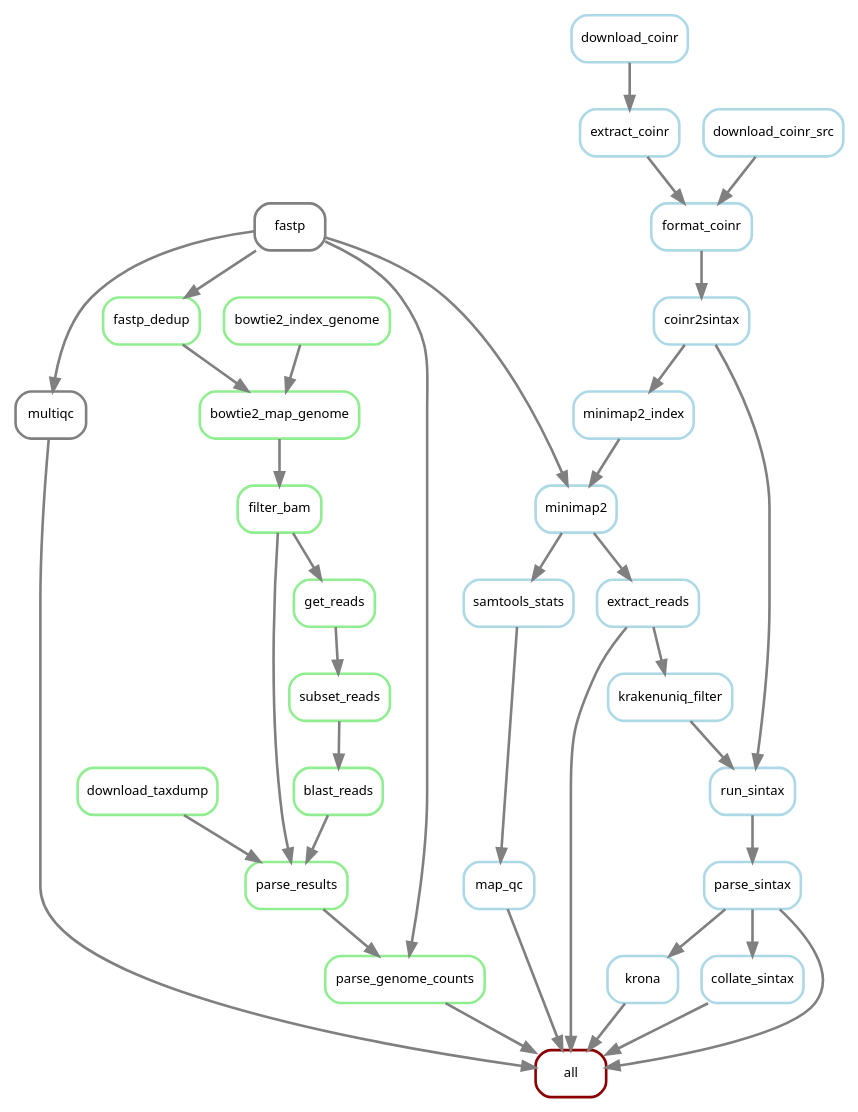
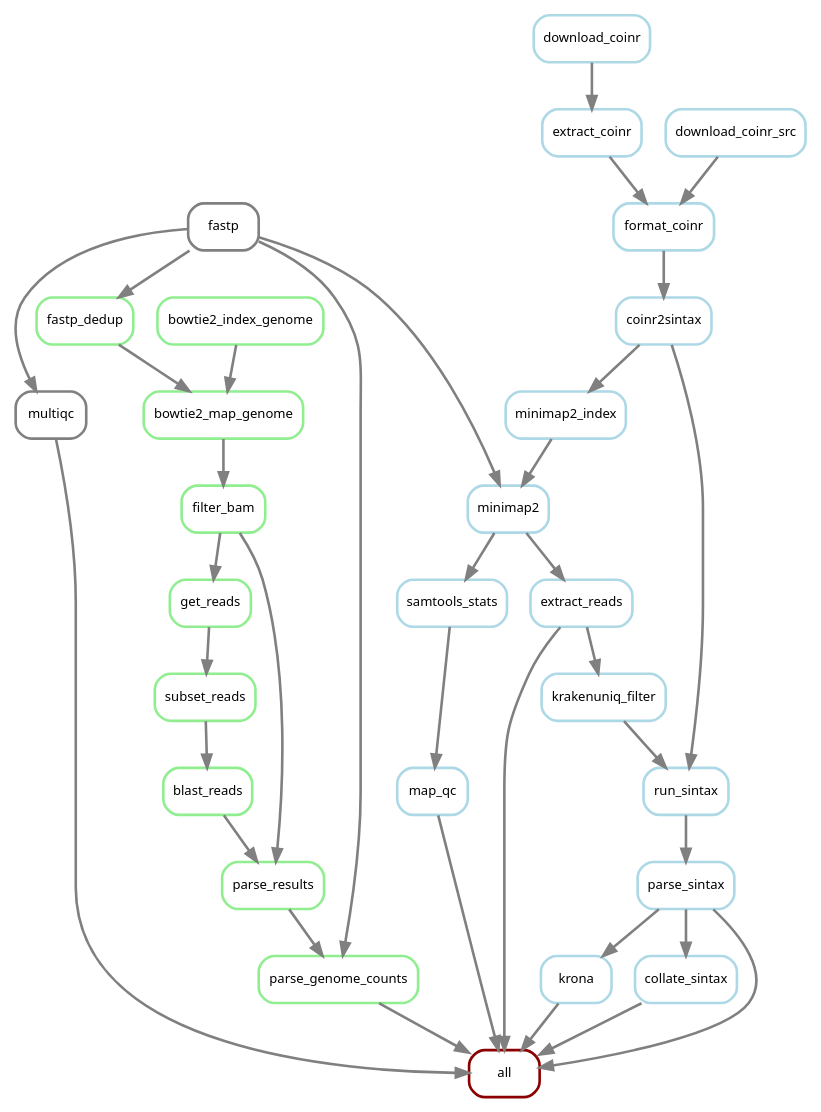
The diagram in doc/workflow.qmd (NBISweden/LTS-BiodiversityAnalysisCAO), drawn with Graphviz before and after one commit. The commit also changed other lines of this file and 1 other file, not shown here.

Commit message:
Update workflow rulegraph

````diff
--- a/doc/workflow.qmd
+++ b/doc/workflow.qmd
@@ -23,75 +26,75 @@
 ```{dot}
 //| label: workflow
 //| fig-cap: "Workflow overview"
+//| fig-width: 4
+//| fig-height: 4
 
 digraph snakemake_dag {
     graph[bgcolor=white, margin=0];
     node[shape=box, style=rounded, fontname=sans,                 fontsize=10, penwidth=2];
     edge[penwidth=2, color=grey];
-	0[label = "all", color = "darkred", style="rounded"];
-	1[label = "extract_reads", color = "lightblue", style="rounded"];
-	2[label = "minimap2", color = "lightblue", style="rounded"];
-	3[label = "fastp", color = "grey", style="rounded"];
-	4[label = "minimap2_index", color = "lightblue", style="rounded"];
-	5[label = "coinr2sintax", color = "lightblue", style="rounded"];
-	6[label = "format_coinr", color = "lightblue", style="rounded"];
-	7[label = "extract_coinr", color = "lightblue", style="rounded"];
-	8[label = "download_coinr", color = "lightblue", style="rounded"];
-	9[label = "download_coinr_src", color = "lightblue", style="rounded"];
-	10[label = "map_qc", color = "lightblue", style="rounded"];
-	11[label = "samtools_stats", color = "lightblue", style="rounded"];
-	12[label = "parse_sintax", color = "lightblue", style="rounded"];
-	13[label = "run_sintax", color = "lightblue", style="rounded"];
-	14[label = "krakenuniq_filter", color = "lightblue", style="rounded"];
-	15[label = "krona", color = "lightblue", style="rounded"];
-	16[label = "collate_sintax", color = "lightblue", style="rounded"];
-	17[label = "parse_genome_counts", color = "lightgreen", style="rounded"];
-	18[label = "parse_results", color = "lightgreen", style="rounded"];
-	19[label = "blast_reads", color = "lightgreen", style="rounded"];
-	20[label = "subset_reads", color = "lightgreen", style="rounded"];
-	21[label = "get_reads", color = "lightgreen", style="rounded"];
-	22[label = "filter_bam", color = "lightgreen", style="rounded"];
-	23[label = "bowtie2_map_genome", color = "lightgreen", style="rounded"];
-	24[label = "bowtie2_index_genome", color = "lightgreen", style="rounded"];
-	25[label = "fastp_dedup", color = "lightgreen", style="rounded"];
-	26[label = "download_taxdump", color = "lightgreen", style="rounded"];
-	27[label = "multiqc", color = "grey", style="rounded"];
-	17 -> 0
-	10 -> 0
-	16 -> 0
-	15 -> 0
-	27 -> 0
-	1 -> 0
-	12 -> 0
-	2 -> 1
-	4 -> 2
-	3 -> 2
-	5 -> 4
-	6 -> 5
-	7 -> 6
-	9 -> 6
-	8 -> 7
-	11 -> 10
-	2 -> 11
-	13 -> 12
-	5 -> 13
-	14 -> 13
-	1 -> 14
-	12 -> 15
-	12 -> 16
-	18 -> 17
-	3 -> 17
-	26 -> 18
-	22 -> 18
-	19 -> 18
-	20 -> 19
-	21 -> 20
-	22 -> 21
-	23 -> 22
-	25 -> 23
-	24 -> 23
-	3 -> 25
-	3 -> 27
+    0[label = "all", color = "darkred", style="rounded"];
+    1[label = "extract_reads", color = "lightblue", style="rounded"];
+    2[label = "minimap2", color = "lightblue", style="rounded"];
+    3[label = "fastp", color = "grey", style="rounded"];
+    4[label = "minimap2_index", color = "lightblue", style="rounded"];
+    5[label = "coinr2sintax", color = "lightblue", style="rounded"];
+    6[label = "format_coinr", color = "lightblue", style="rounded"];
+    7[label = "extract_coinr", color = "lightblue", style="rounded"];
+    8[label = "download_coinr", color = "lightblue", style="rounded"];
+    9[label = "download_coinr_src", color = "lightblue", style="rounded"];
+    10[label = "map_qc", color = "lightblue", style="rounded"];
+    11[label = "samtools_stats", color = "lightblue", style="rounded"];
+    12[label = "parse_sintax", color = "lightblue", style="rounded"];
+    13[label = "run_sintax", color = "lightblue", style="rounded"];
+    14[label = "krakenuniq_filter", color = "lightblue", style="rounded"];
+    15[label = "krona", color = "lightblue", style="rounded"];
+    16[label = "collate_sintax", color = "lightblue", style="rounded"];
+    17[label = "parse_genome_counts", color = "lightgreen", style="rounded"];
+    18[label = "parse_results", color = "lightgreen", style="rounded"];
+    19[label = "blast_reads", color = "lightgreen", style="rounded"];
+    20[label = "subset_reads", color = "lightgreen", style="rounded"];
+    21[label = "get_reads", color = "lightgreen", style="rounded"];
+    22[label = "filter_bam", color = "lightgreen", style="rounded"];
+    23[label = "bowtie2_map_genome", color = "lightgreen", style="rounded"];
+    24[label = "bowtie2_index_genome", color = "lightgreen", style="rounded"];
+    25[label = "fastp_dedup", color = "lightgreen", style="rounded"];
+    27[label = "multiqc", color = "grey", style="rounded"];
+    17 -> 0
+    10 -> 0
+    16 -> 0
+    15 -> 0
+    27 -> 0
+    1 -> 0
+    12 -> 0
+    2 -> 1
+    4 -> 2
+    3 -> 2
+    5 -> 4
+    6 -> 5
+    7 -> 6
+    9 -> 6
+    8 -> 7
+    11 -> 10
+    2 -> 11
+    13 -> 12
+    5 -> 13
+    14 -> 13
+    1 -> 14
+    12 -> 15
+    12 -> 16
+    18 -> 17
+    3 -> 17
+    22 -> 18
+    19 -> 18
+    20 -> 19
+    21 -> 20
+    22 -> 21
+    23 -> 22
+    25 -> 23
+    24 -> 23
+    3 -> 25
+    3 -> 27
 }            
  
 ```
````
